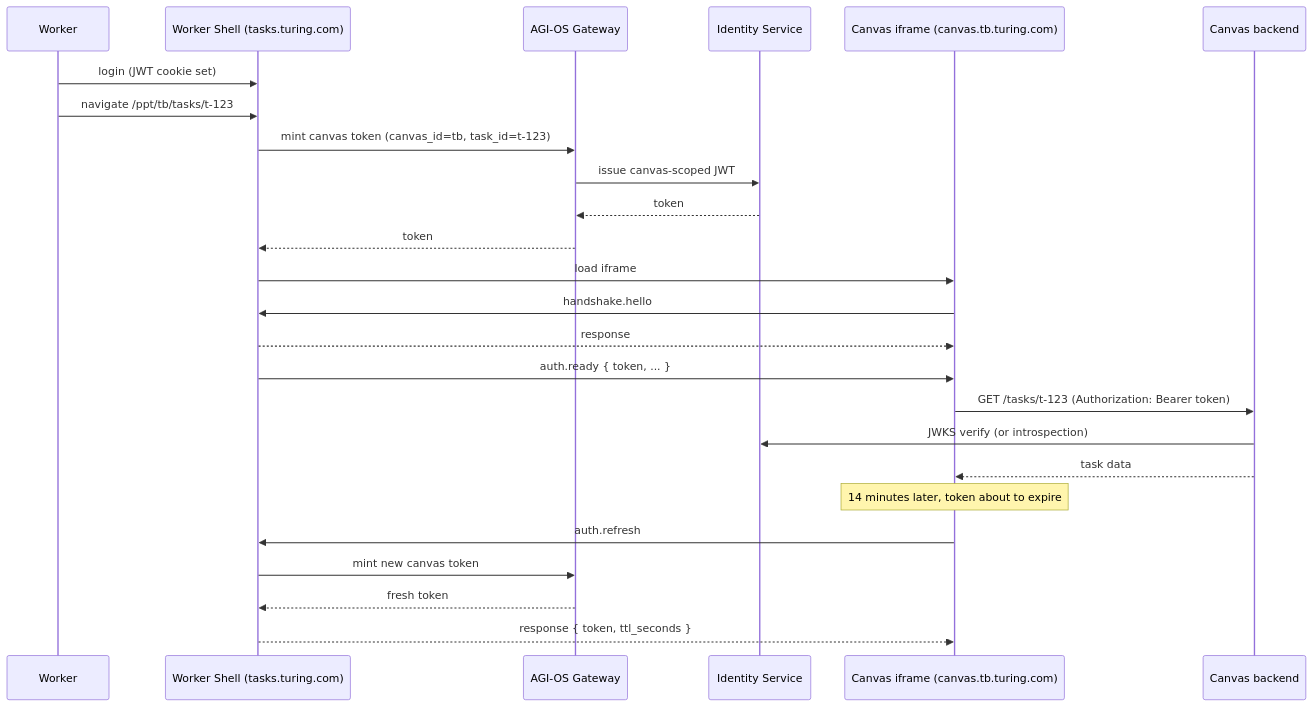
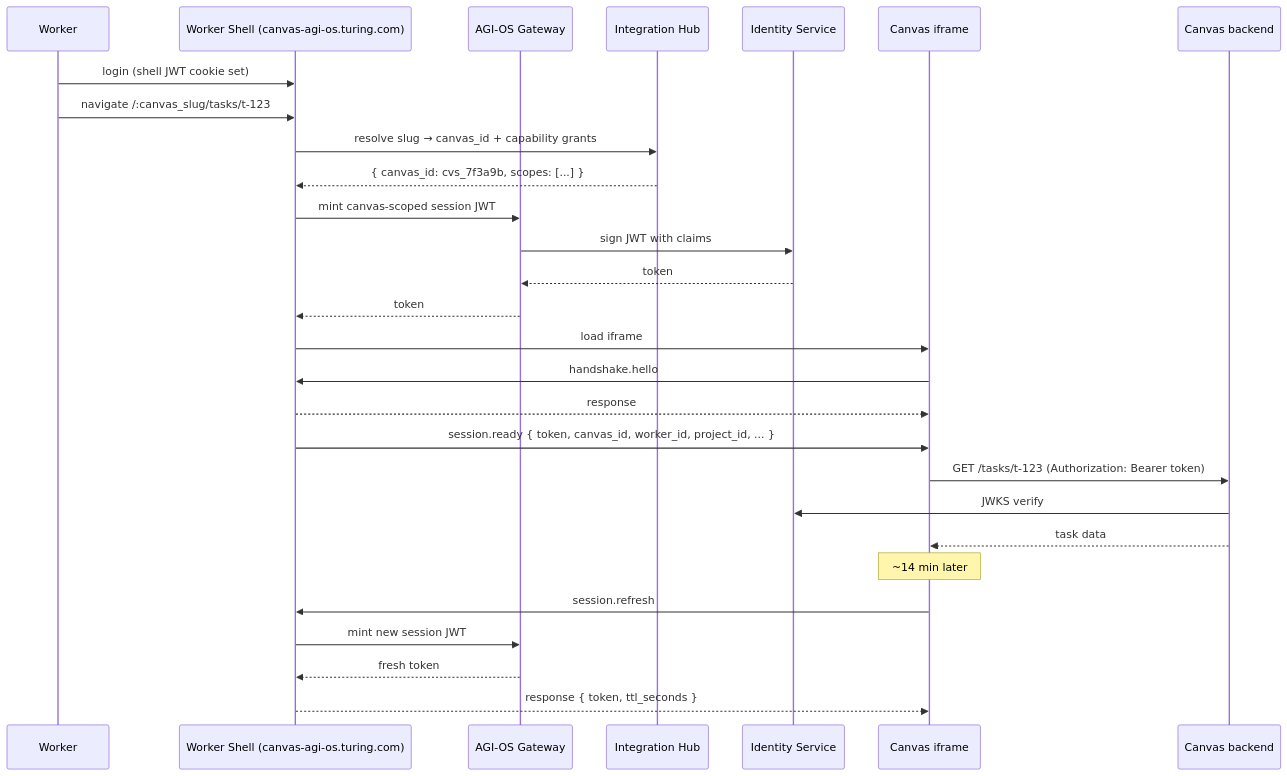
One commit to ashutosh-turing/turing-platform-design-doc changed the fourth of 5 diagrams in AGIOS_PLATFORM/CANVAS_SDK.md. Above: the diagram before and after it, drawn with Mermaid. The commit also changed other lines of this file and 3 other files, not shown here.

First line of the commit message:
refactor: AGI-OS platform documentation and architecture

````diff
--- a/AGIOS_PLATFORM/CANVAS_SDK.md
+++ b/AGIOS_PLATFORM/CANVAS_SDK.md
@@ -586,29 +443,32 @@
 ```mermaid
 sequenceDiagram
     participant Worker
-    participant Shell as Worker Shell (tasks.turing.com)
+    participant Shell as Worker Shell (canvas-agi-os.turing.com)
     participant Gateway as AGI-OS Gateway
+    participant IH as Integration Hub
     participant Identity as Identity Service
-    participant Canvas as Canvas iframe (canvas.tb.turing.com)
+    participant Canvas as Canvas iframe
     participant CanvasAPI as Canvas backend
 
-    Worker->>Shell: login (JWT cookie set)
-    Worker->>Shell: navigate /ppt/tb/tasks/t-123
-    Shell->>Gateway: mint canvas token (canvas_id=tb, task_id=t-123)
-    Gateway->>Identity: issue canvas-scoped JWT
+    Worker->>Shell: login (shell JWT cookie set)
+    Worker->>Shell: navigate /:canvas_slug/tasks/t-123
+    Shell->>IH: resolve slug → canvas_id + capability grants
+    IH-->>Shell: { canvas_id: cvs_7f3a9b, scopes: [...] }
+    Shell->>Gateway: mint canvas-scoped session JWT
+    Gateway->>Identity: sign JWT with claims
     Identity-->>Gateway: token
     Gateway-->>Shell: token
     Shell->>Canvas: load iframe
     Canvas->>Shell: handshake.hello
     Shell-->>Canvas: response
-    Shell->>Canvas: auth.ready { token, ... }
+    Shell->>Canvas: session.ready { token, canvas_id, worker_id, project_id, ... }
     Canvas->>CanvasAPI: GET /tasks/t-123 (Authorization: Bearer token)
-    CanvasAPI->>Identity: JWKS verify (or introspection)
+    CanvasAPI->>Identity: JWKS verify
     CanvasAPI-->>Canvas: task data
 
-    Note over Canvas: 14 minutes later, token about to expire
-    Canvas->>Shell: auth.refresh
-    Shell->>Gateway: mint new canvas token
+    Note over Canvas: ~14 min later
+    Canvas->>Shell: session.refresh
+    Shell->>Gateway: mint new session JWT
     Gateway-->>Shell: fresh token
     Shell-->>Canvas: response { token, ttl_seconds }
 ```
````
